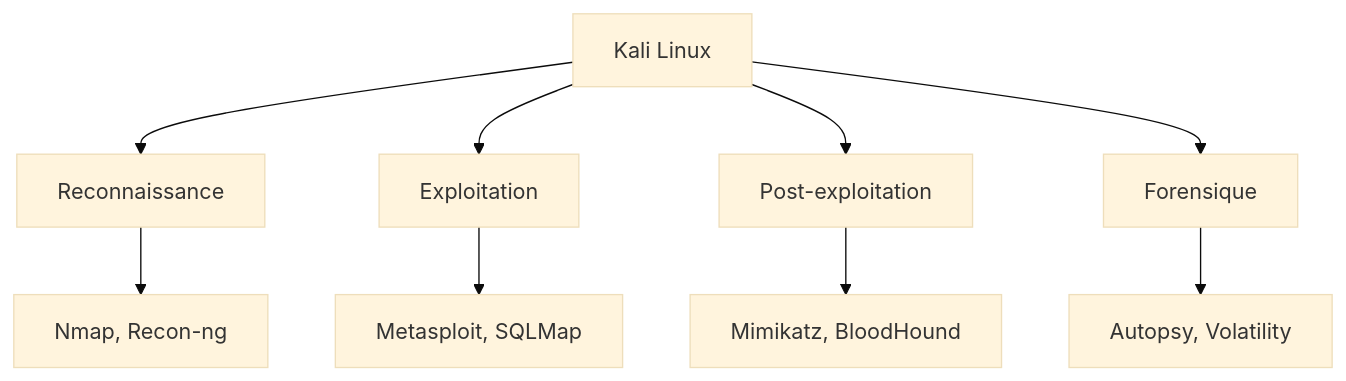
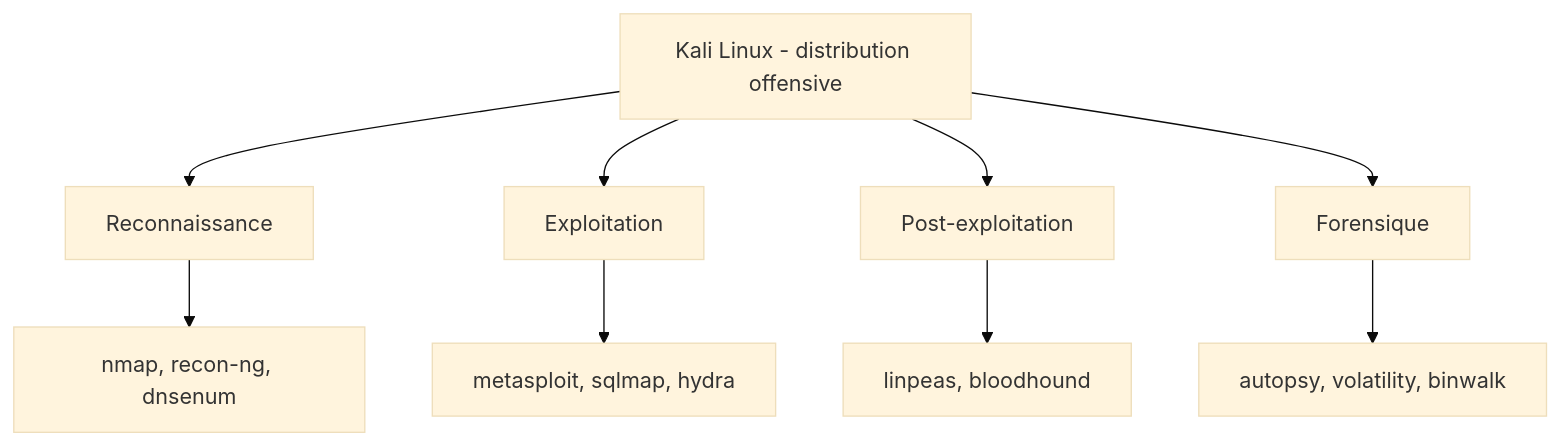
One commit to AureDulvresse/nyx changed the diagram in content/courses/linux/01-introduction.md. Above: the diagram before and after it, drawn with Mermaid (base theme). The commit also changed other lines of this file and 167 other files, not shown here.

````diff
--- a/content/courses/linux/01-introduction.md
+++ b/content/courses/linux/01-introduction.md
@@ -25,11 +38,11 @@
 ```mermaid
-graph TD
-    A[Kali Linux] --> B[Reconnaissance]
-    A --> C[Exploitation]
-    A --> D[Post-exploitation]
-    A --> E[Forensique]
-    B --> B1[Nmap, Recon-ng]
-    C --> C1[Metasploit, SQLMap]
-    D --> D1[Mimikatz, BloodHound]
-    E --> E1[Autopsy, Volatility]
+flowchart TD
+    A["Kali Linux - distribution offensive"] --> B["Reconnaissance"]
+    A --> C["Exploitation"]
+    A --> D["Post-exploitation"]
+    A --> E["Forensique"]
+    B --> B1["nmap, recon-ng, dnsenum"]
+    C --> C1["metasploit, sqlmap, hydra"]
+    D --> D1["linpeas, bloodhound"]
+    E --> E1["autopsy, volatility, binwalk"]
 ```
````
